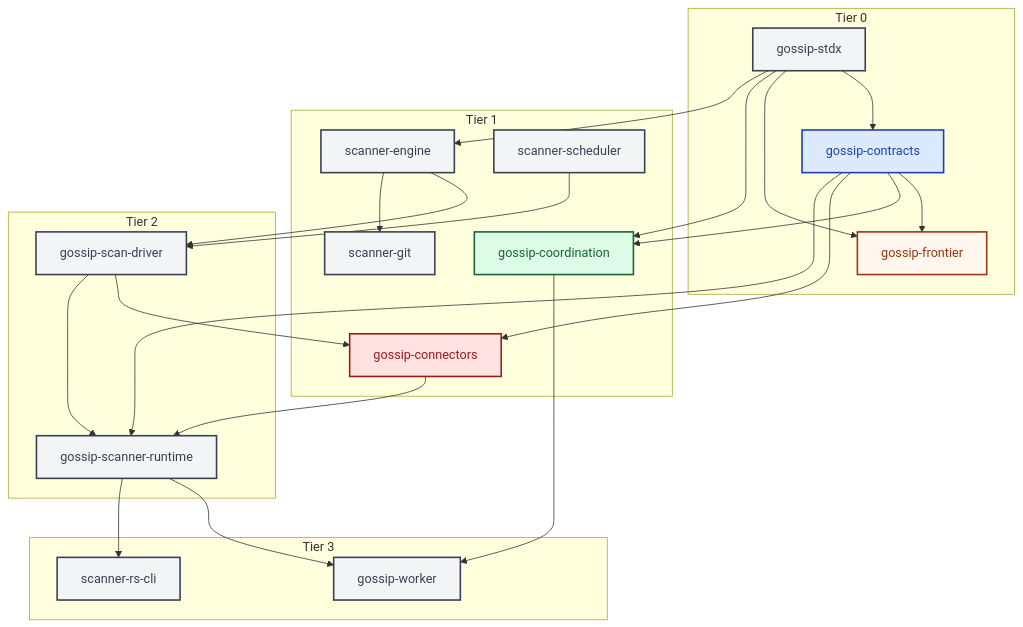
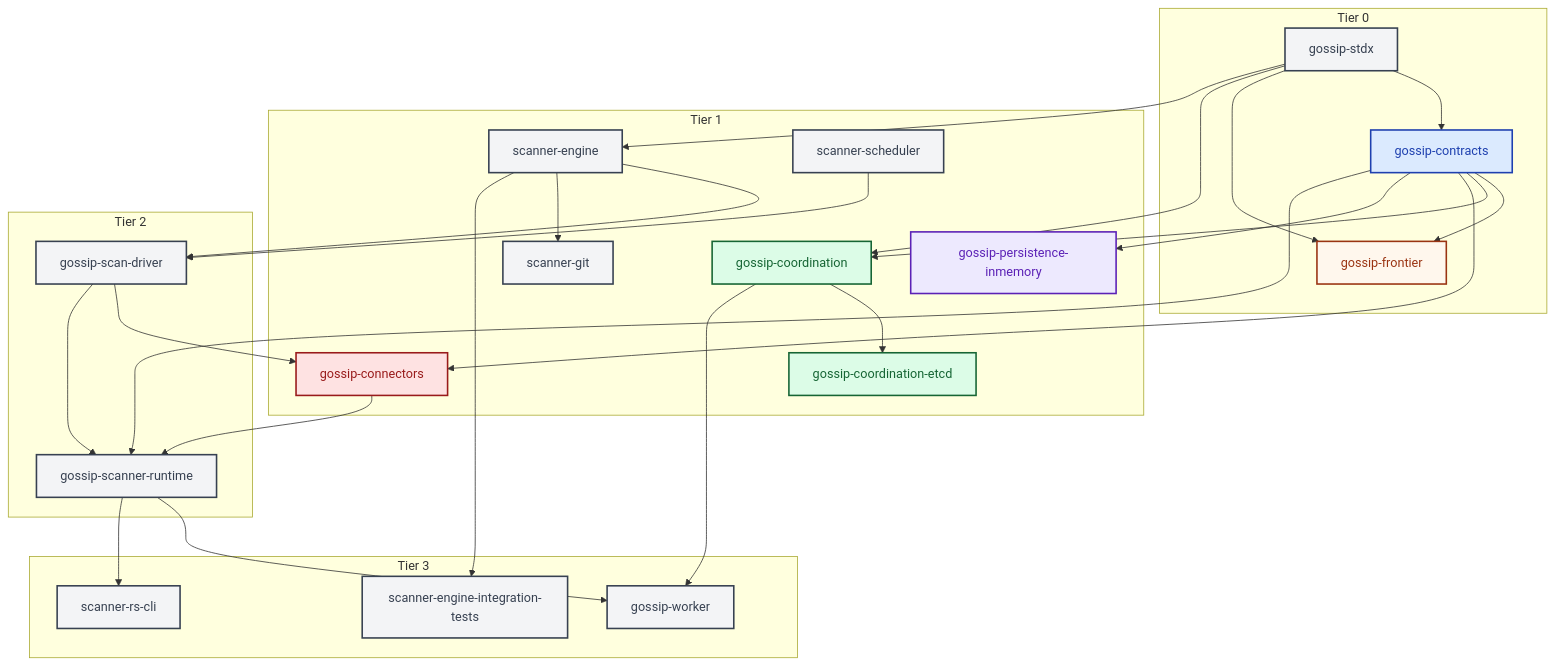
One commit to ahrav/Gossip-rs changed the fourth of 4 diagrams in diagrams/01-system-overview.md. Above: the diagram before and after it, drawn with Mermaid. The commit also changed other lines of this file and 29 other files, not shown here.

First line of the commit message:
Update diagram directory inventory and diagram counts

````diff
--- a/diagrams/01-system-overview.md
+++ b/diagrams/01-system-overview.md
@@ -242,58 +259,67 @@
 ```mermaid
 %% Diagram: build-dag
 graph TD
     subgraph "Tier 0"
         stdx["gossip-stdx"]
         contracts["gossip-contracts"]
         frontier["gossip-frontier"]
     end
 
     subgraph "Tier 1"
         coordination["gossip-coordination"]
+        coordination_etcd["gossip-coordination-etcd"]
         connectors["gossip-connectors"]
+        persistence_inmem["gossip-persistence-inmemory"]
         scanner_engine["scanner-engine"]
         scanner_scheduler["scanner-scheduler"]
         scanner_git["scanner-git"]
     end
 
     subgraph "Tier 2"
         scan_driver["gossip-scan-driver"]
         runtime["gossip-scanner-runtime"]
     end
 
     subgraph "Tier 3"
         worker["gossip-worker"]
         cli["scanner-rs-cli"]
+        integration_tests["scanner-engine-integration-tests"]
     end
 
     stdx --> contracts
     stdx --> frontier
     stdx --> coordination
     stdx --> scanner_engine
     contracts --> frontier
     contracts --> coordination
     contracts --> connectors
+    contracts --> persistence_inmem
+    coordination --> coordination_etcd
     scanner_engine --> scan_driver
     scanner_scheduler --> scan_driver
     scan_driver --> connectors
     scanner_engine --> scanner_git
     scan_driver --> runtime
     connectors --> runtime
     contracts --> runtime
     runtime --> worker
     coordination --> worker
     runtime --> cli
+    scanner_engine --> integration_tests
 
     style stdx fill:#F3F4F6,stroke:#374151,stroke-width:2px,color:#374151
     style contracts fill:#DBEAFE,stroke:#1E40AF,stroke-width:2px,color:#1E40AF
     style frontier fill:#FFF7ED,stroke:#9A3412,stroke-width:2px,color:#9A3412
     style coordination fill:#DCFCE7,stroke:#166534,stroke-width:2px,color:#166534
     style connectors fill:#FEE2E2,stroke:#991B1B,stroke-width:2px,color:#991B1B
     style scan_driver fill:#F3F4F6,stroke:#374151,stroke-width:2px,color:#374151
     style scanner_engine fill:#F3F4F6,stroke:#374151,stroke-width:2px,color:#374151
     style scanner_scheduler fill:#F3F4F6,stroke:#374151,stroke-width:2px,color:#374151
     style scanner_git fill:#F3F4F6,stroke:#374151,stroke-width:2px,color:#374151
     style runtime fill:#F3F4F6,stroke:#374151,stroke-width:2px,color:#374151
     style worker fill:#F3F4F6,stroke:#374151,stroke-width:2px,color:#374151
     style cli fill:#F3F4F6,stroke:#374151,stroke-width:2px,color:#374151
+    style coordination_etcd fill:#DCFCE7,stroke:#166534,stroke-width:2px,color:#166534
+    style persistence_inmem fill:#EDE9FE,stroke:#5B21B6,stroke-width:2px,color:#5B21B6
+    style integration_tests fill:#F3F4F6,stroke:#374151,stroke-width:2px,color:#374151
 ```
````
